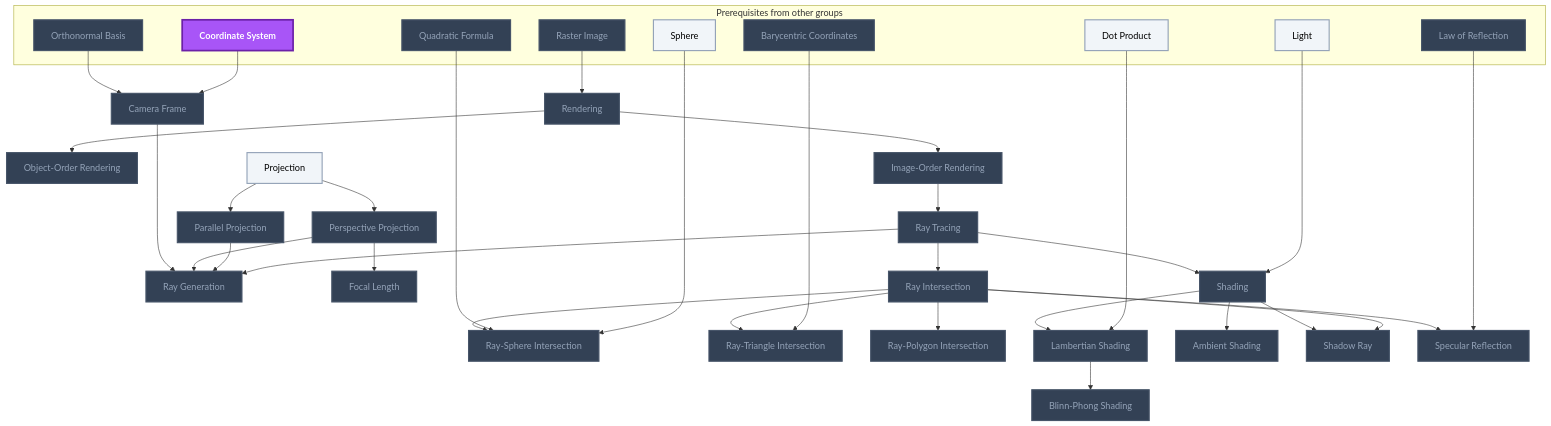
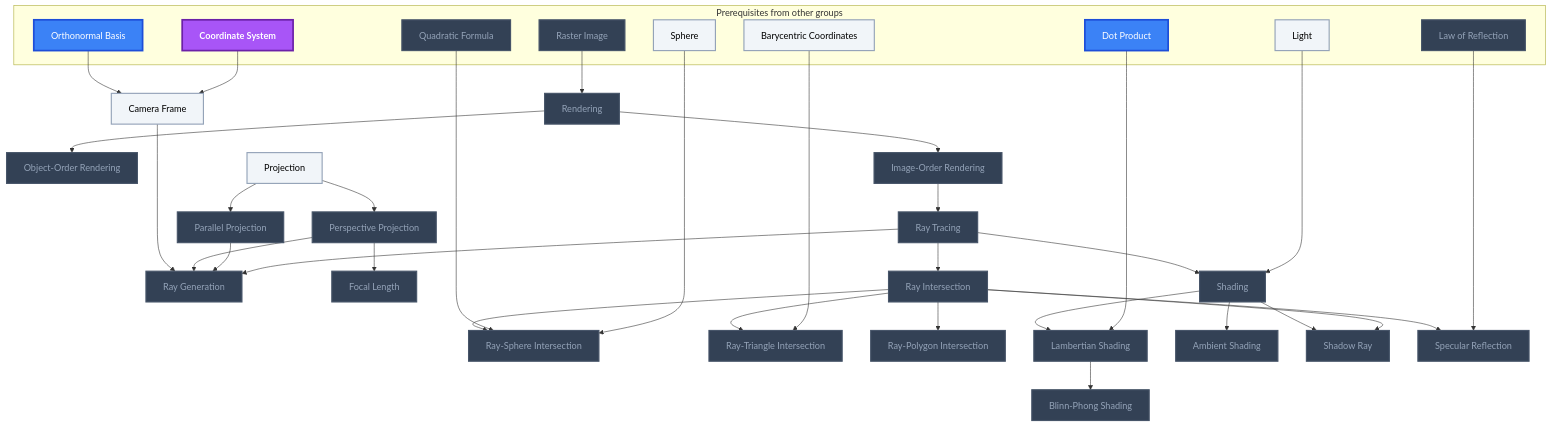
Before and after one commit to MRauf1/My-Notes: the third of 7 diagrams in Gamification/Skill Trees/Computer Graphics.md, drawn with Mermaid. The commit also changed other lines of this file and 57 other files, not shown here.

````diff
--- a/Gamification/Skill Trees/Computer Graphics.md
+++ b/Gamification/Skill Trees/Computer Graphics.md
@@ -122,77 +123,78 @@
 ```mermaid
 flowchart TD
     classDef planned fill:#1E293B,stroke:#64748B,stroke-width:2px,stroke-dasharray:5 5,color:#94A3B8;
     classDef locked fill:#334155,stroke:#475569,stroke-width:2px,color:#94A3B8;
     classDef L0 fill:#F1F5F9,stroke:#94A3B8,stroke-width:2px,color:#000000;
     classDef L1 fill:#22C55E,stroke:#15803D,stroke-width:2px,color:#000000;
     classDef L2 fill:#3B82F6,stroke:#1D4ED8,stroke-width:3px,color:#FFFFFF;
     classDef L3 fill:#A855F7,stroke:#6B21A8,stroke-width:3px,color:#FFFFFF,font-weight:bold;
     classDef L4 fill:#F97316,stroke:#C2410C,stroke-width:4px,color:#000000,font-weight:bold;
     classDef L5 fill:#FFD700,stroke:#FF8C00,stroke-width:5px,color:#000000,font-weight:bold;
     classDef rusty stroke:#8B4513,stroke-width:4px,stroke-dasharray:3 3;
     subgraph sg_prereqs["Prerequisites from other groups"]
         n_raster_image["Raster Image"]
         n_coordinate_system["Coordinate System"]
         n_orthonormal_basis["Orthonormal Basis"]
         n_sphere["Sphere"]
         n_quadratic_formula["Quadratic Formula"]
         n_barycentric_coordinates["Barycentric Coordinates"]
         n_light["Light"]
         n_dot_product["Dot Product"]
         n_law_of_reflection["Law of Reflection"]
     end
     n_rendering["Rendering"]
     n_object_order_rendering["Object-Order Rendering"]
     n_image_order_rendering["Image-Order Rendering"]
     n_ray_tracing["Ray Tracing"]
     n_projection["Projection"]
     n_parallel_projection["Parallel Projection"]
     n_perspective_projection["Perspective Projection"]
     n_camera_frame["Camera Frame"]
     n_ray_generation["Ray Generation"]
     n_focal_length["Focal Length"]
     n_ray_intersection["Ray Intersection"]
     n_ray_sphere_intersection["Ray-Sphere Intersection"]
     n_ray_triangle_intersection["Ray-Triangle Intersection"]
     n_ray_polygon_intersection["Ray-Polygon Intersection"]
     n_shading["Shading"]
     n_lambertian_shading["Lambertian Shading"]
     n_blinn_phong_shading["Blinn-Phong Shading"]
     n_ambient_shading["Ambient Shading"]
     n_shadow_ray["Shadow Ray"]
     n_specular_reflection["Specular Reflection"]
     n_raster_image --> n_rendering
     n_rendering --> n_object_order_rendering
     n_rendering --> n_image_order_rendering
     n_image_order_rendering --> n_ray_tracing
     n_projection --> n_parallel_projection
     n_projection --> n_perspective_projection
     n_coordinate_system --> n_camera_frame
     n_orthonormal_basis --> n_camera_frame
     n_ray_tracing --> n_ray_generation
     n_parallel_projection --> n_ray_generation
     n_perspective_projection --> n_ray_generation
     n_camera_frame --> n_ray_generation
     n_perspective_projection --> n_focal_length
     n_ray_tracing --> n_ray_intersection
     n_sphere --> n_ray_sphere_intersection
     n_quadratic_formula --> n_ray_sphere_intersection
     n_ray_intersection --> n_ray_sphere_intersection
     n_barycentric_coordinates --> n_ray_triangle_intersection
     n_ray_intersection --> n_ray_triangle_intersection
     n_ray_intersection --> n_ray_polygon_intersection
     n_light --> n_shading
     n_ray_tracing --> n_shading
     n_dot_product --> n_lambertian_shading
     n_shading --> n_lambertian_shading
     n_lambertian_shading --> n_blinn_phong_shading
     n_shading --> n_ambient_shading
     n_ray_intersection --> n_shadow_ray
     n_shading --> n_shadow_ray
     n_law_of_reflection --> n_specular_reflection
     n_ray_intersection --> n_specular_reflection
-    class n_raster_image,n_orthonormal_basis,n_quadratic_formula,n_barycentric_coordinates,n_law_of_reflection,n_rendering,n_object_order_rendering,n_image_order_rendering,n_ray_tracing,n_parallel_projection,n_perspective_projection,n_camera_frame,n_ray_generation,n_focal_length,n_ray_intersection,n_ray_sphere_intersection,n_ray_triangle_intersection,n_ray_polygon_intersection,n_shading,n_lambertian_shading,n_blinn_phong_shading,n_ambient_shading,n_shadow_ray,n_specular_reflection locked;
-    class n_sphere,n_light,n_dot_product,n_projection L0;
+    class n_raster_image,n_quadratic_formula,n_law_of_reflection,n_rendering,n_object_order_rendering,n_image_order_rendering,n_ray_tracing,n_parallel_projection,n_perspective_projection,n_ray_generation,n_focal_length,n_ray_intersection,n_ray_sphere_intersection,n_ray_triangle_intersection,n_ray_polygon_intersection,n_shading,n_lambertian_shading,n_blinn_phong_shading,n_ambient_shading,n_shadow_ray,n_specular_reflection locked;
+    class n_sphere,n_barycentric_coordinates,n_light,n_projection,n_camera_frame L0;
+    class n_orthonormal_basis,n_dot_product L2;
     class n_coordinate_system L3;
     class n_raster_image,n_coordinate_system,n_orthonormal_basis,n_sphere,n_quadratic_formula,n_barycentric_coordinates,n_light,n_dot_product,n_law_of_reflection,n_rendering,n_object_order_rendering,n_image_order_rendering,n_ray_tracing,n_projection,n_parallel_projection,n_perspective_projection,n_camera_frame,n_ray_generation,n_focal_length,n_ray_intersection,n_ray_sphere_intersection,n_ray_triangle_intersection,n_ray_polygon_intersection,n_shading,n_lambertian_shading,n_blinn_phong_shading,n_ambient_shading,n_shadow_ray,n_specular_reflection internal-link;
 ```
````
